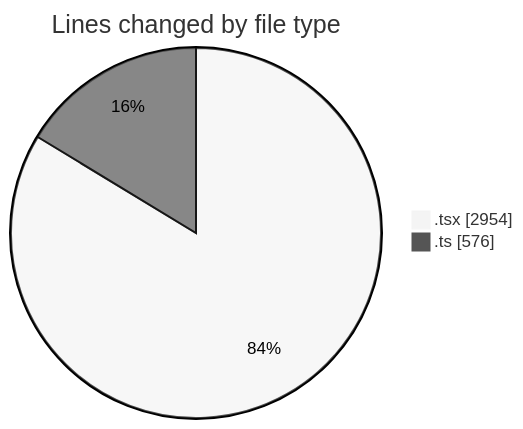
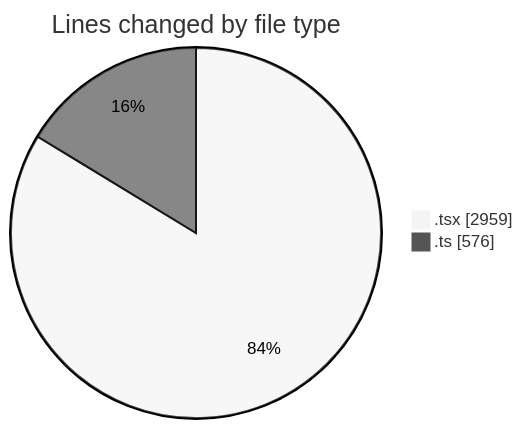
The first of 2 diagrams in 2026-02-22/nxtqube_webapp/README.md (nxtqubesakshisongat/code-tracking), drawn with Mermaid (neutral theme) before and after one commit. The commit also changed other lines of this file and 1 other file, not shown here.

````diff
--- a/2026-02-22/nxtqube_webapp/README.md
+++ b/2026-02-22/nxtqube_webapp/README.md
@@ -22,6 +22,6 @@
 ```mermaid
 pie showData
 title Lines changed by file type
-".tsx" : 2954
+".tsx" : 2959
 ".ts" : 576
 ```
````
